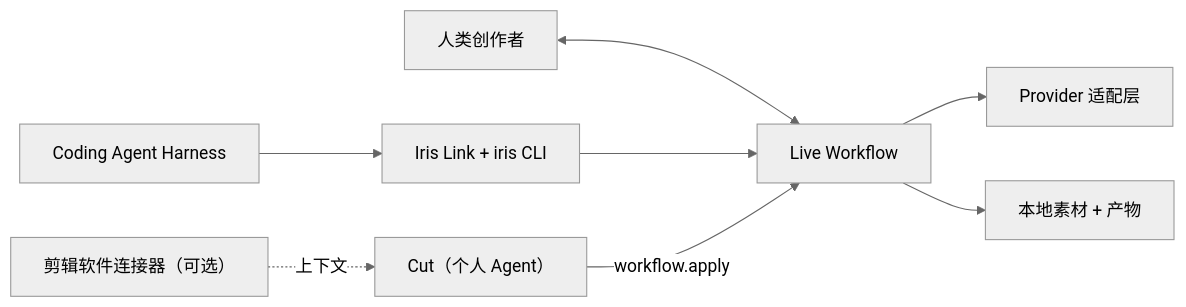
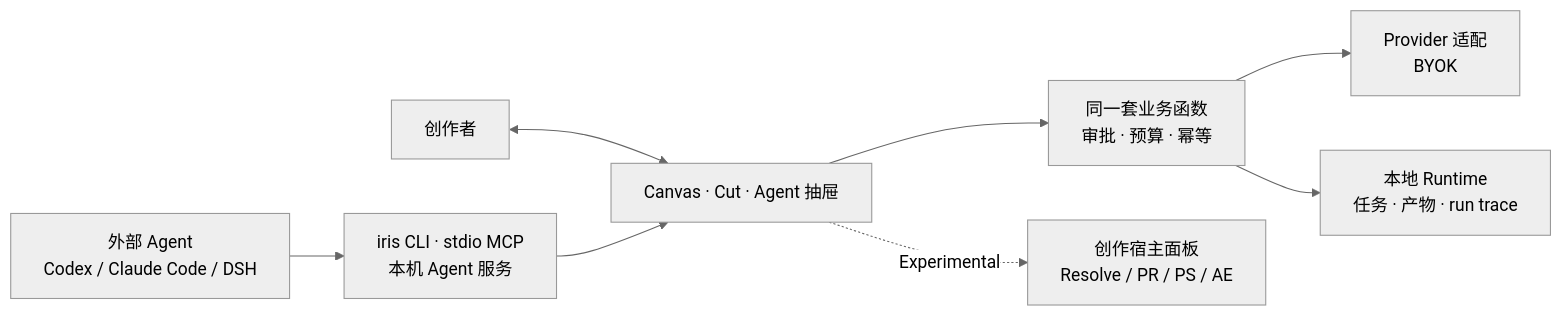
The diagram in README.zh-CN.md (avabbbb/Iris), drawn with Mermaid (neutral theme) before and after one commit. The commit also changed other lines of this file and 2 other files, not shown here.

First line of the commit message:
docs(readme): implemented-vs-roadmap showcase in zh-CN and en; README.en.md becomes a redirect

````diff
--- a/README.zh-CN.md
+++ b/README.zh-CN.md
@@ -215,10 +160,10 @@
 ```mermaid
 flowchart LR
-  H["人类创作者"] <--> W["Live Workflow"]
-  A["Coding Agent Harness"] --> L["Iris Link + iris CLI"]
-  L --> W
-  W --> P["Provider 适配层"]
-  W --> R["本地素材 + 产物"]
-  IR["Cut（个人 Agent）"] -->|"workflow.apply"| W
-  HC["剪辑软件连接器（可选）"] -.->|"上下文"| IR
+  H["创作者"] <--> UI["Canvas · Cut · Agent 抽屉"]
+  X["外部 Agent<br/>Codex / Claude Code / DSH"] --> CLI["iris CLI · stdio MCP<br/>本机 Agent 服务"]
+  CLI --> UI
+  UI --> G["同一套业务函数<br/>审批 · 预算 · 幂等"]
+  G --> P["Provider 适配<br/>BYOK"]
+  G --> R["本地 Runtime<br/>任务 · 产物 · run trace"]
+  UI -.->|"Experimental"| HC["创作宿主面板<br/>Resolve / PR / PS / AE"]
 ```
````
